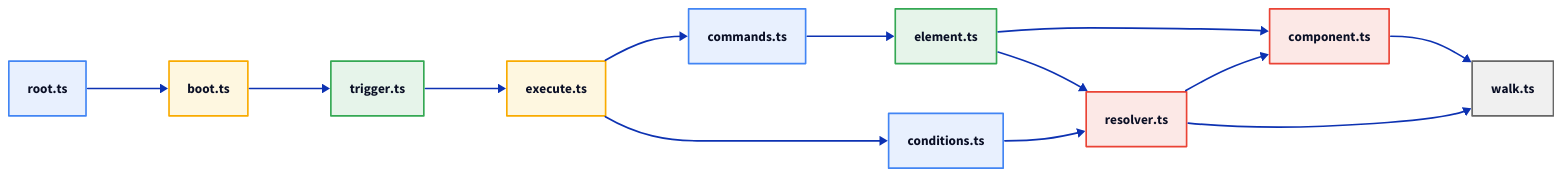
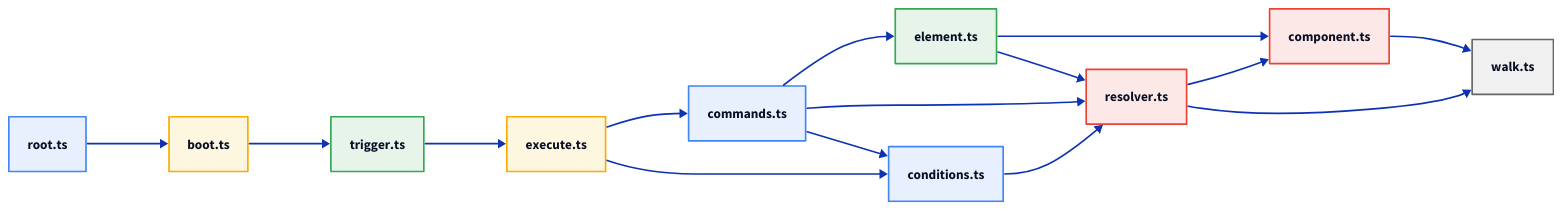
The sixth of 6 diagrams in docs-site/src/content/docs/architecture/runtime-key-modules.mdx (marafiq/alis-reactive), drawn with D2 before and after one commit. The commit also changed other lines of this file and 3 other files, not shown here.

First line of the commit message:
docs: fix all architecture review issues verified against code

````diff
--- a/docs-site/src/content/docs/architecture/runtime-key-modules.mdx
+++ b/docs-site/src/content/docs/architecture/runtime-key-modules.mdx
@@ -323,77 +323,79 @@
 ```d2
 direction: right
 
 root: "root.ts" {
   shape: rectangle
   style.fill: "#e8f0fe"
   style.stroke: "#4285f4"
   style.font-size: 16
 }
 boot: "boot.ts" {
   shape: rectangle
   style.fill: "#fef7e0"
   style.stroke: "#f9ab00"
   style.font-size: 16
 }
 trigger: "trigger.ts" {
   shape: rectangle
   style.fill: "#e6f4ea"
   style.stroke: "#34a853"
   style.font-size: 16
 }
 execute: "execute.ts" {
   shape: rectangle
   style.fill: "#fef7e0"
   style.stroke: "#f9ab00"
   style.font-size: 16
 }
 commands: "commands.ts" {
   shape: rectangle
   style.fill: "#e8f0fe"
   style.stroke: "#4285f4"
   style.font-size: 16
 }
 element: "element.ts" {
   shape: rectangle
   style.fill: "#e6f4ea"
   style.stroke: "#34a853"
   style.font-size: 16
 }
 component: "component.ts" {
   shape: rectangle
   style.fill: "#fce8e6"
   style.stroke: "#ea4335"
   style.font-size: 16
 }
 resolver: "resolver.ts" {
   shape: rectangle
   style.fill: "#fce8e6"
   style.stroke: "#ea4335"
   style.font-size: 16
 }
 walk: "walk.ts" {
   shape: rectangle
   style.fill: "#f0f0f0"
   style.stroke: "#666"
   style.font-size: 16
 }
 conditions: "conditions.ts" {
   shape: rectangle
   style.fill: "#e8f0fe"
   style.stroke: "#4285f4"
   style.font-size: 16
 }
 
 root -> boot
 boot -> trigger
 trigger -> execute
 execute -> commands
 execute -> conditions
 commands -> element
+commands -> resolver
+commands -> conditions
 element -> component
 element -> resolver
 resolver -> component
 resolver -> walk
 component -> walk
 conditions -> resolver
 ```
````
